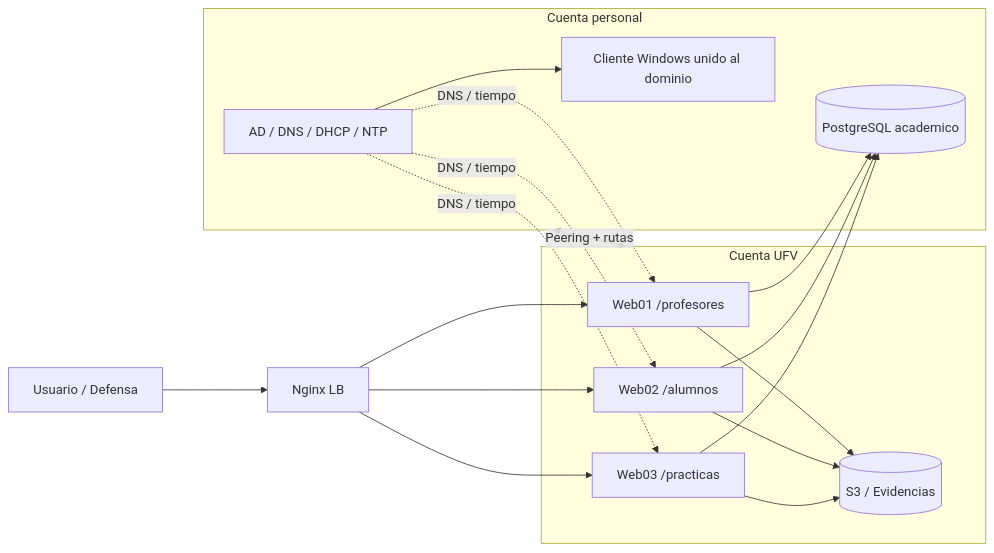
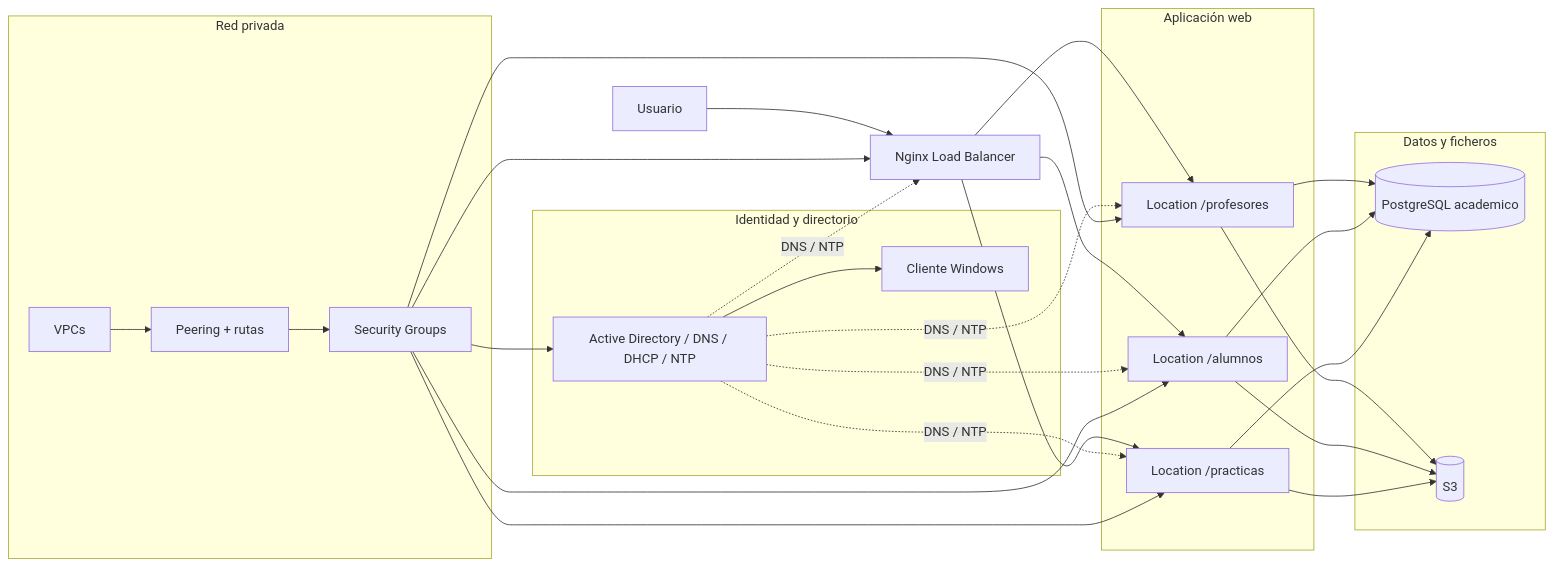
Before and after one commit to alejandro-depazos-tena/Practica_ADS_solDevOps: the diagram in grupo-dt-devops/documentacion/entrega-final-dt/ENTREGA_FINAL_DT.md, drawn with Mermaid. The commit also changed other lines of this file and 5 other files, not shown here.

Commit message:
diagramas de arquitectura y arreglos varios

````diff
--- a/grupo-dt-devops/documentacion/entrega-final-dt/ENTREGA_FINAL_DT.md
+++ b/grupo-dt-devops/documentacion/entrega-final-dt/ENTREGA_FINAL_DT.md
@@ -35,32 +38,47 @@
 ```mermaid
 flowchart LR
-  User[Usuario / Defensa] --> LB[Nginx LB]
-  LB --> W1[Web01 /profesores]
-  LB --> W2[Web02 /alumnos]
-  LB --> W3[Web03 /practicas]
+  U[Usuario] --> LB[Nginx Load Balancer]
 
-  subgraph Personal[Cuenta personal]
-    AD[AD / DNS / DHCP / NTP]
-    DB[(PostgreSQL academico)]
-    WIN[Cliente Windows unido al dominio]
+  subgraph Identity[Identidad y directorio]
+    AD[Active Directory / DNS / DHCP / NTP]
+    WIN[Cliente Windows]
   end
 
-  subgraph UFV[Cuenta UFV]
-    W1
-    W2
-    W3
-    S3[(S3 / Evidencias)]
+  subgraph Apps[Aplicación web]
+    W1[Location /profesores]
+    W2[Location /alumnos]
+    W3[Location /practicas]
   end
 
+  subgraph Data[Datos y ficheros]
+    DB[(PostgreSQL academico)]
+    S3[(S3)]
+  end
+
+  subgraph Net[Red privada]
+    VPC[VPCs]
+    PEER[Peering + rutas]
+    SG[Security Groups]
+  end
+
+  LB --> W1
+  LB --> W2
+  LB --> W3
   W1 --> DB
   W2 --> DB
   W3 --> DB
   W1 --> S3
   W2 --> S3
   W3 --> S3
   AD --> WIN
-  AD -. DNS / tiempo .-> W1
-  AD -. DNS / tiempo .-> W2
-  AD -. DNS / tiempo .-> W3
-  Personal <-->|Peering + rutas| UFV
+  AD -. DNS / NTP .-> LB
+  AD -. DNS / NTP .-> W1
+  AD -. DNS / NTP .-> W2
+  AD -. DNS / NTP .-> W3
+  VPC --> PEER --> SG
+  SG --> AD
+  SG --> LB
+  SG --> W1
+  SG --> W2
+  SG --> W3
 ```
````
